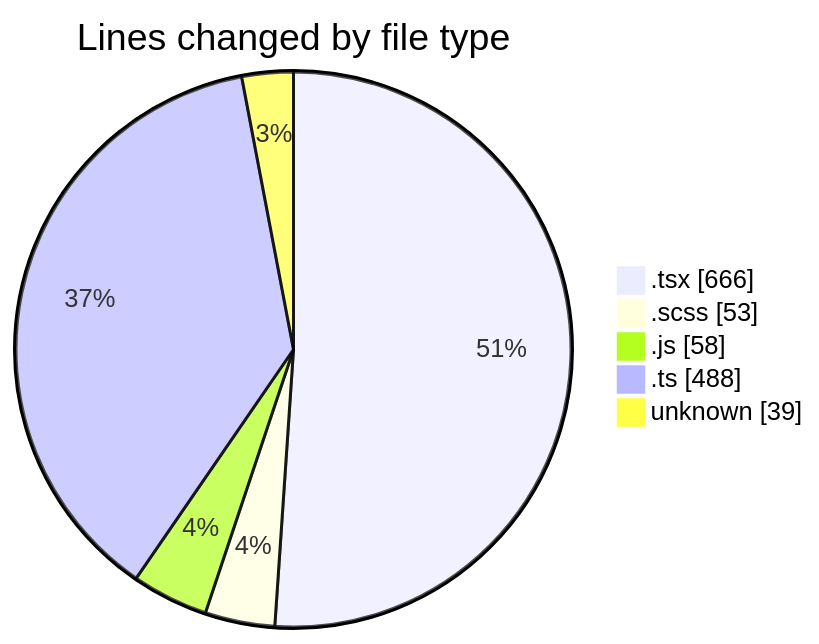
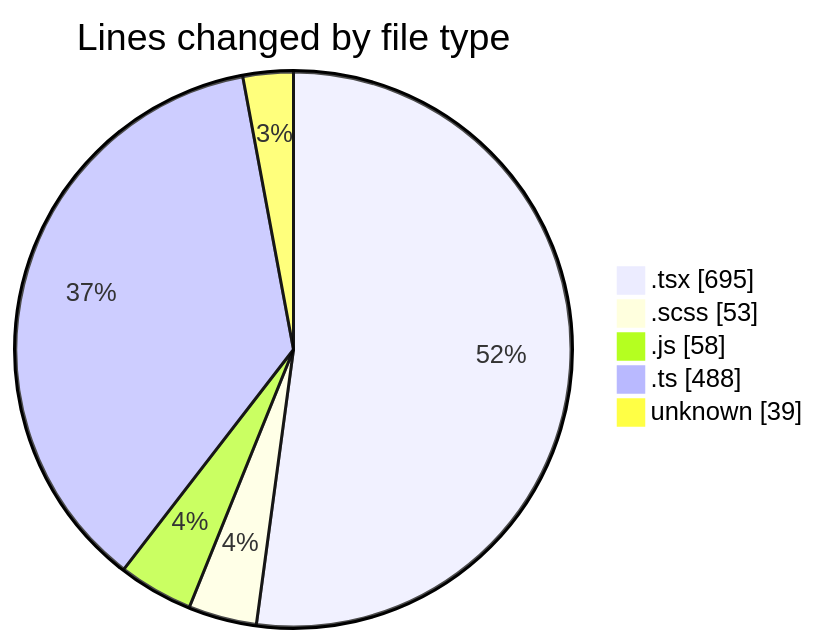
Before and after one commit to momahboobian/code-tracking: the first of 2 diagrams in 2025-05-02/cda/README.md, drawn with Mermaid. The commit also changed other lines of this file and 1 other file, not shown here.

````diff
--- a/2025-05-02/cda/README.md
+++ b/2025-05-02/cda/README.md
@@ -27,9 +27,9 @@
 ```mermaid
 pie showData
 title Lines changed by file type
-".tsx" : 666
+".tsx" : 695
 ".scss" : 53
 ".js" : 58
 ".ts" : 488
 "unknown" : 39
 ```
````
